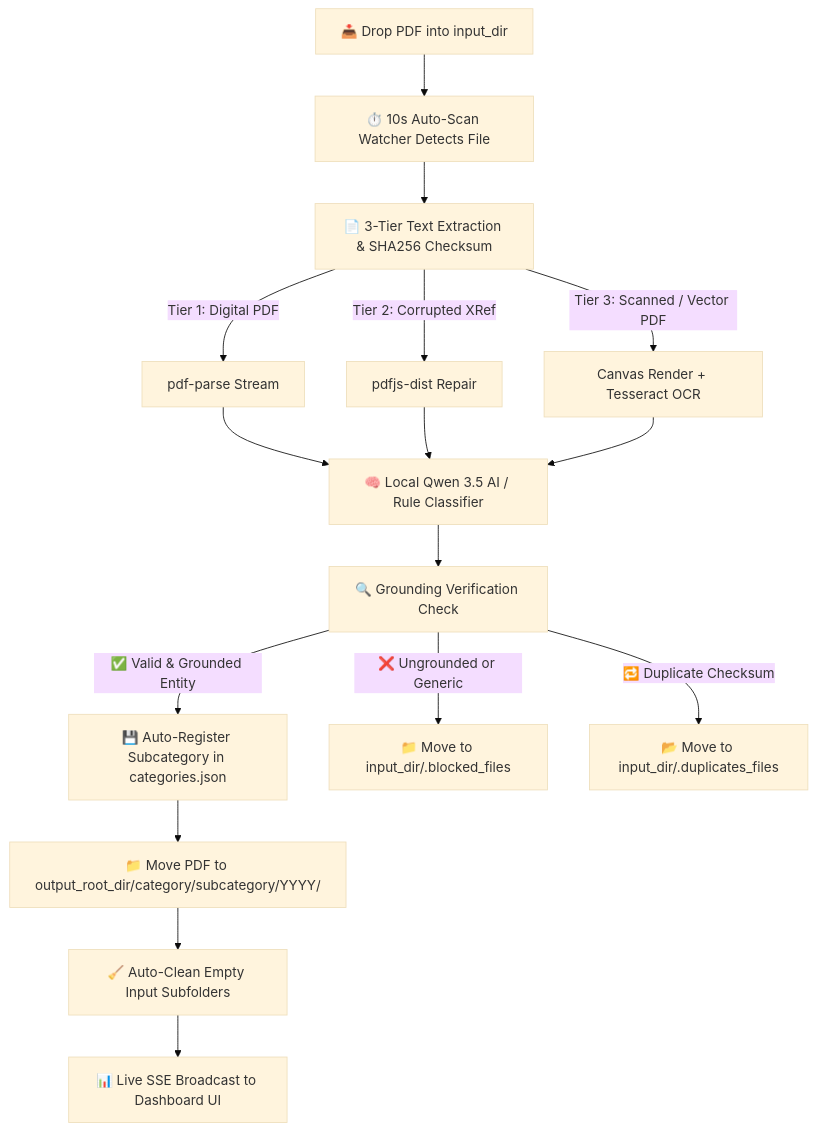
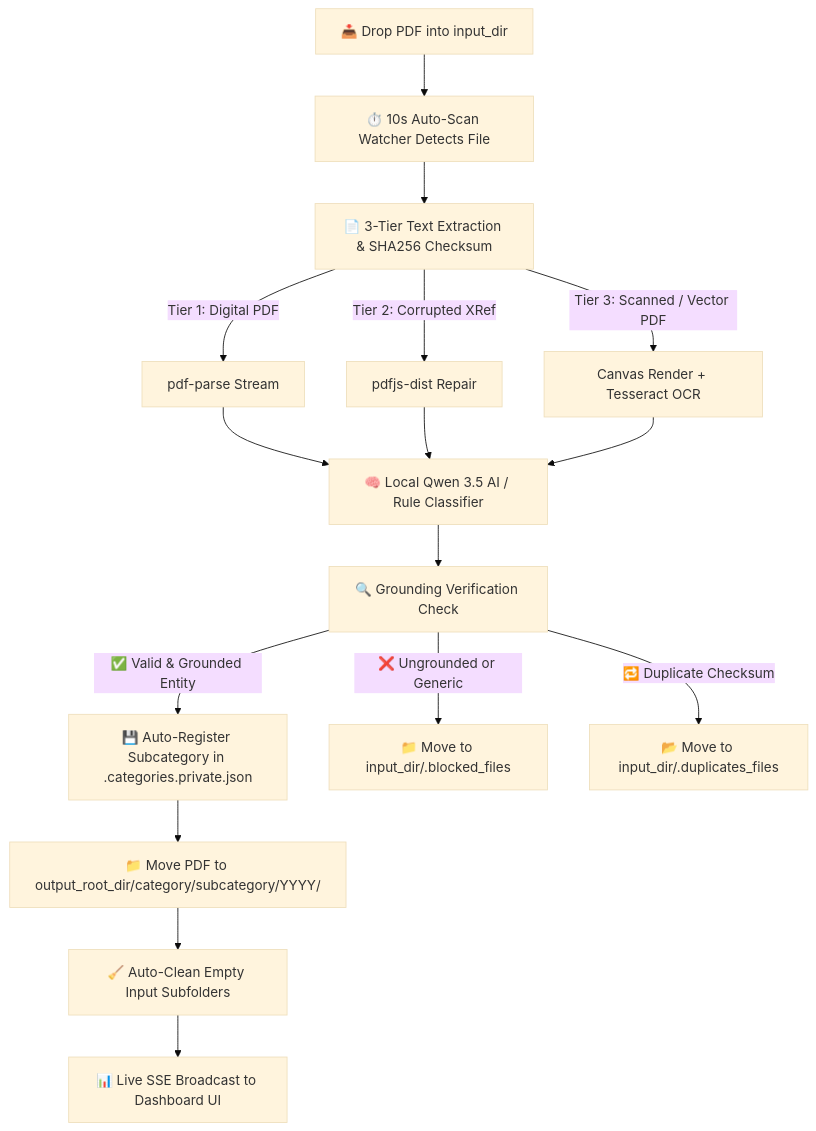
The diagram in README.md (phamhung075/pdf-triage-intelligent), drawn with Mermaid (base theme) before and after one commit. The commit also changed other lines of this file, not shown here.

````diff
--- a/README.md
+++ b/README.md
@@ -11,16 +11,16 @@
 ```mermaid
 flowchart TD
     A[📥 Drop PDF into input_dir] --> B[⏱️ 10s Auto-Scan Watcher Detects File]
     B --> C[📄 3-Tier Text Extraction & SHA256 Checksum]
     C -->|Tier 1: Digital PDF| D[pdf-parse Stream]
     C -->|Tier 2: Corrupted XRef| E[pdfjs-dist Repair]
     C -->|Tier 3: Scanned / Vector PDF| F["Canvas Render + Tesseract OCR"]
     D & E & F --> G[🧠 Local Qwen 3.5 AI / Rule Classifier]
     G --> H[🔍 Grounding Verification Check]
-    H -->|✅ Valid & Grounded Entity| I[💾 Auto-Register Subcategory in categories.json]
+    H -->|✅ Valid & Grounded Entity| I[💾 Auto-Register Subcategory in .categories.private.json]
     H -->|❌ Ungrounded or Generic| J[📁 Move to input_dir/.blocked_files]
     H -->|🔁 Duplicate Checksum| K[📂 Move to input_dir/.duplicates_files]
     I --> L[📁 Move PDF to output_root_dir/category/subcategory/YYYY/]
     L --> M[🧹 Auto-Clean Empty Input Subfolders]
     M --> N[📊 Live SSE Broadcast to Dashboard UI]
 ```
````
